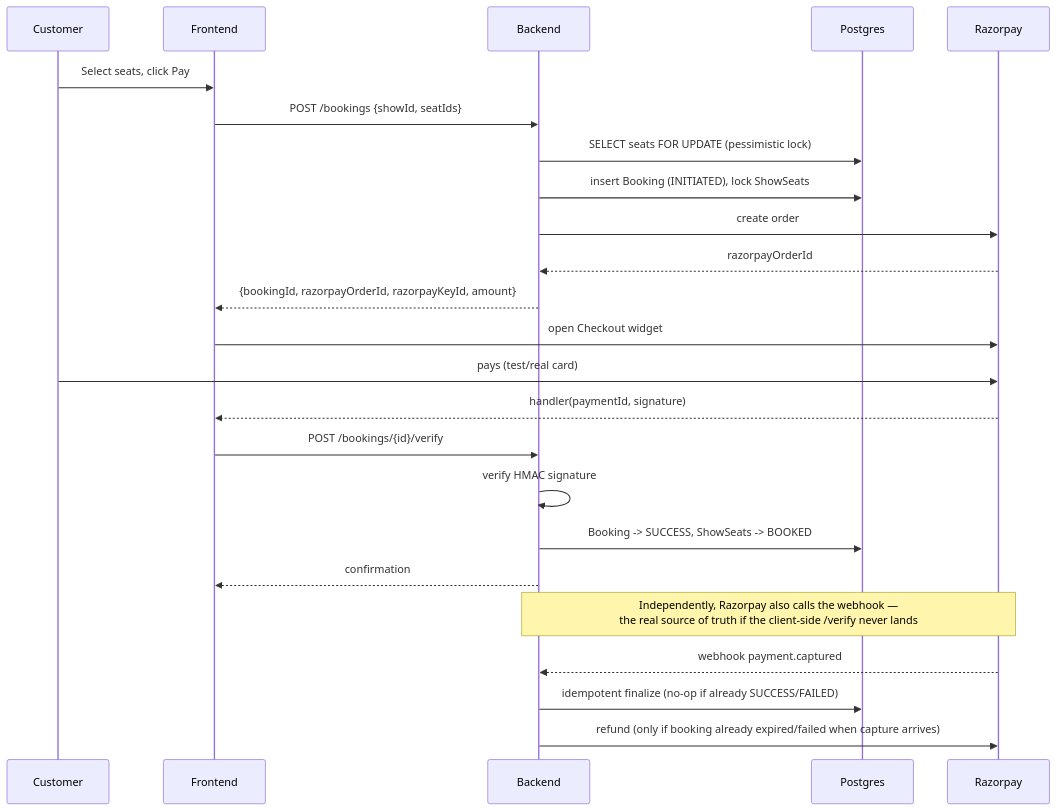
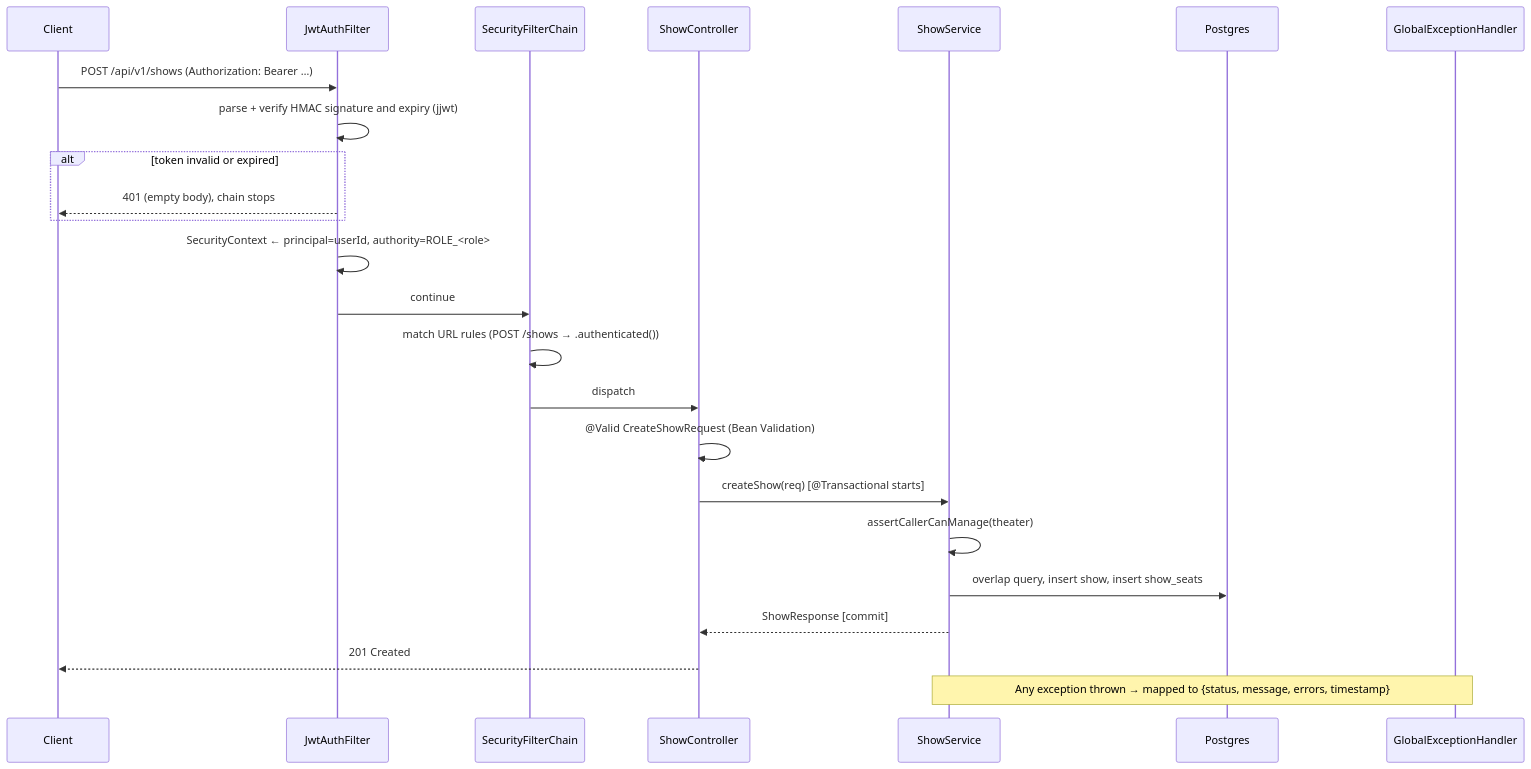
The second of 10 diagrams in ARCHITECTURE.md (prabh1805/showtime), drawn with Mermaid before and after one commit. The commit also changed other lines of this file, not shown here.

First line of the commit message:
Rewrite ARCHITECTURE.md as a full architecture and interview guide

````diff
--- a/ARCHITECTURE.md
+++ b/ARCHITECTURE.md
@@ -49,28 +201,27 @@
 ```mermaid
 sequenceDiagram
-    participant U as Customer
-    participant FE as Frontend
-    participant BE as Backend
-    participant PG as Postgres
-    participant RZP as Razorpay
+    participant C as Client
+    participant F as JwtAuthFilter
+    participant S as SecurityFilterChain
+    participant Ctl as ShowController
+    participant Svc as ShowService
+    participant DB as Postgres
+    participant H as GlobalExceptionHandler
 
-    U->>FE: Select seats, click Pay
-    FE->>BE: POST /bookings {showId, seatIds}
-    BE->>PG: SELECT seats FOR UPDATE (pessimistic lock)
-    BE->>PG: insert Booking (INITIATED), lock ShowSeats
-    BE->>RZP: create order
-    RZP-->>BE: razorpayOrderId
-    BE-->>FE: {bookingId, razorpayOrderId, razorpayKeyId, amount}
-    FE->>RZP: open Checkout widget
-    U->>RZP: pays (test/real card)
-    RZP-->>FE: handler(paymentId, signature)
-    FE->>BE: POST /bookings/{id}/verify
-    BE->>BE: verify HMAC signature
-    BE->>PG: Booking -> SUCCESS, ShowSeats -> BOOKED
-    BE-->>FE: confirmation
-
-    Note over RZP,BE: Independently, Razorpay also calls the webhook —<br/>the real source of truth if the client-side /verify never lands
-    RZP-->>BE: webhook payment.captured
-    BE->>PG: idempotent finalize (no-op if already SUCCESS/FAILED)
-    BE->>RZP: refund (only if booking already expired/failed when capture arrives)
+    C->>F: POST /api/v1/shows (Authorization: Bearer …)
+    F->>F: parse + verify HMAC signature and expiry (jjwt)
+    alt token invalid or expired
+        F-->>C: 401 (empty body), chain stops
+    end
+    F->>F: SecurityContext ← principal=userId, authority=ROLE_<role>
+    F->>S: continue
+    S->>S: match URL rules (POST /shows → .authenticated())
+    S->>Ctl: dispatch
+    Ctl->>Ctl: @Valid CreateShowRequest (Bean Validation)
+    Ctl->>Svc: createShow(req)  [@Transactional starts]
+    Svc->>Svc: assertCallerCanManage(theater)
+    Svc->>DB: overlap query, insert show, insert show_seats
+    Svc-->>Ctl: ShowResponse  [commit]
+    Ctl-->>C: 201 Created
+    Note over Svc,H: Any exception thrown → mapped to {status, message, errors, timestamp}
 ```
````
